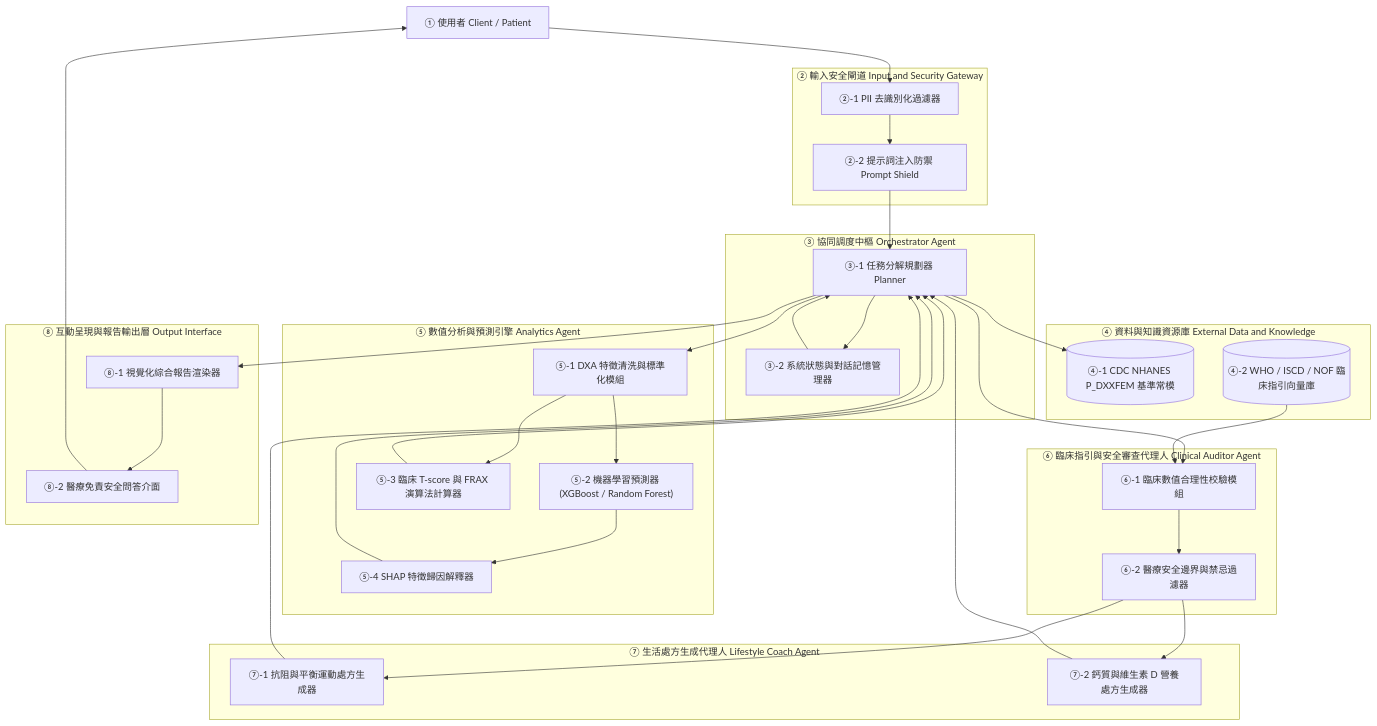
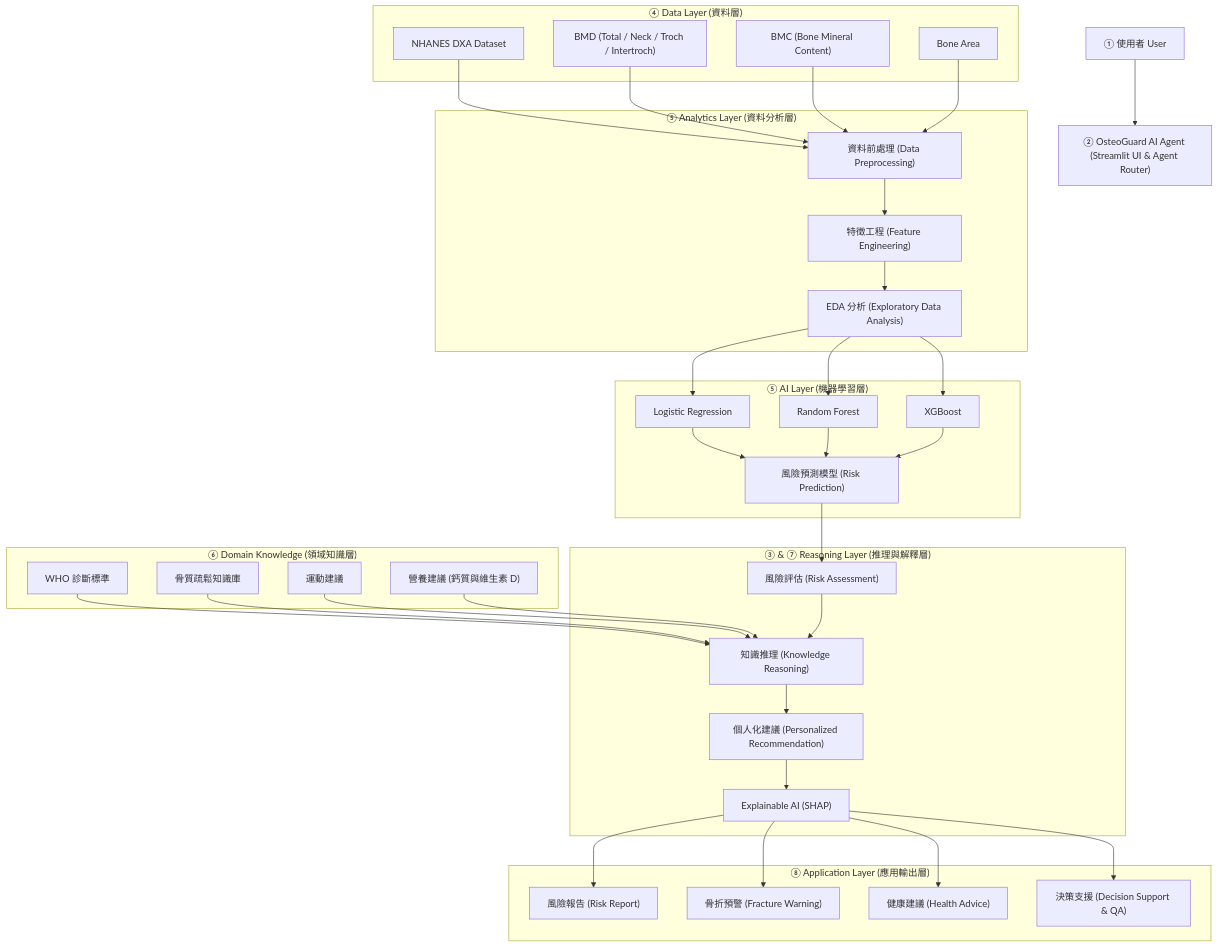
One commit to contemplator/nchu-bone-health-agent changed the first of 2 diagrams in DESIGN.md. Above: the diagram before and after it, drawn with Mermaid. The commit also changed other lines of this file and 4 other files, not shown here.

````diff
--- a/DESIGN.md
+++ b/DESIGN.md
@@ -46,71 +43,73 @@
 ```mermaid
 flowchart TD
-    User["① 使用者 Client / Patient"]
 
-    subgraph Layer2 ["② 輸入安全閘道 Input and Security Gateway"]
-        Sanitizer["②-1 PII 去識別化過濾器"]
-        PromptShield["②-2 提示詞注入防禦 Prompt Shield"]
-    end
+A["① 使用者 User"] --> B["② OsteoGuard AI Agent (Streamlit UI & Agent Router)"]
 
-    subgraph Layer3 ["③ 協同調度中樞 Orchestrator Agent"]
-        Planner["③-1 任務分解規劃器 Planner"]
-        StateMgr["③-2 系統狀態與對話記憶管理器"]
-    end
+subgraph Data_Layer ["④ Data Layer (資料層)"]
+C["NHANES DXA Dataset"]
+D["BMD (Total / Neck / Troch / Intertroch)"]
+E["BMC (Bone Mineral Content)"]
+F["Bone Area"]
+end
 
-    subgraph Layer4 ["④ 資料與知識資源庫 External Data and Knowledge"]
-        NHANES_DB[("④-1 CDC NHANES P_DXXFEM 基準常模")]
-        RAG_DB[("④-2 WHO / ISCD / NOF 臨床指引向量庫")]
-    end
+subgraph Analytics_Layer ["⑤ Analytics Layer (資料分析層)"]
+G["資料前處理 (Data Preprocessing)"]
+H["特徵工程 (Feature Engineering)"]
+I["EDA 分析 (Exploratory Data Analysis)"]
+end
 
-    subgraph Layer5 ["⑤ 數值分析與預測引擎 Analytics Agent"]
-        FeatureEng["⑤-1 DXA 特徵清洗與標準化模組"]
-        ML_Model["⑤-2 機器學習預測器 (XGBoost / Random Forest)"]
-        TScoreCalc["⑤-3 臨床 T-score 與 FRAX 演算法計算器"]
-        SHAP_Explainer["⑤-4 SHAP 特徵歸因解釋器"]
-    end
+subgraph AI_Layer ["⑤ AI Layer (機器學習層)"]
+J["Logistic Regression"]
+K["Random Forest"]
+L["XGBoost"]
+M["風險預測模型 (Risk Prediction)"]
+end
 
-    subgraph Layer6 ["⑥ 臨床指引與安全審查代理人 Clinical Auditor Agent"]
-        LogicChecker["⑥-1 臨床數值合理性校驗模組"]
-        SafetyFilter["⑥-2 醫療安全邊界與禁忌過濾器"]
-    end
+subgraph Domain_Knowledge ["⑥ Domain Knowledge (領域知識層)"]
+N["WHO 診斷標準"]
+O["骨質疏鬆知識庫"]
+P["運動建議"]
+Q["營養建議 (鈣質與維生素 D)"]
+end
 
-    subgraph Layer7 ["⑦ 生活處方生成代理人 Lifestyle Coach Agent"]
-        ExerciseEngine["⑦-1 抗阻與平衡運動處方生成器"]
-        NutritionEngine["⑦-2 鈣質與維生素 D 營養處方生成器"]
-    end
+subgraph Reasoning_Layer ["③ & ⑦ Reasoning Layer (推理與解釋層)"]
+R["風險評估 (Risk Assessment)"]
+S["知識推理 (Knowledge Reasoning)"]
+T["個人化建議 (Personalized Recommendation)"]
+U["Explainable AI (SHAP)"]
+end
 
-    subgraph Layer8 ["⑧ 互動呈現與報告輸出層 Output Interface"]
-        ReportRenderer["⑧-1 視覺化綜合報告渲染器"]
-        SafeChat["⑧-2 醫療免責安全問答介面"]
-    end
+subgraph Application_Layer ["⑧ Application Layer (應用輸出層)"]
+V["風險報告 (Risk Report)"]
+W["骨折預警 (Fracture Warning)"]
+X["健康建議 (Health Advice)"]
+Y["決策支援 (Decision Support & QA)"]
+end
 
-    User --> Sanitizer
-    Sanitizer --> PromptShield
-    PromptShield --> Planner
-    
-    Planner --> StateMgr
-    StateMgr --> Planner
-    Planner --> NHANES_DB
-    Planner --> FeatureEng
-    
-    FeatureEng --> ML_Model
-    FeatureEng --> TScoreCalc
-    ML_Model --> SHAP_Explainer
-    
-    TScoreCalc --> Planner
-    SHAP_Explainer --> Planner
-    
-    Planner --> LogicChecker
-    RAG_DB --> LogicChecker
-    LogicChecker --> SafetyFilter
-    
-    SafetyFilter --> ExerciseEngine
-    SafetyFilter --> NutritionEngine
-    
-    ExerciseEngine --> Planner
-    NutritionEngine --> Planner
-    
-    Planner --> ReportRenderer
-    ReportRenderer --> SafeChat
-    SafeChat --> User
+C --> G
+D --> G
+E --> G
+F --> G
+
+G --> H --> I
+I --> J
+I --> K
+I --> L
+
+J --> M
+K --> M
+L --> M
+
+M --> R
+N --> S
+O --> S
+P --> S
+Q --> S
+
+R --> S --> T --> U
+
+U --> V
+U --> W
+U --> X
+U --> Y
 ```
````
